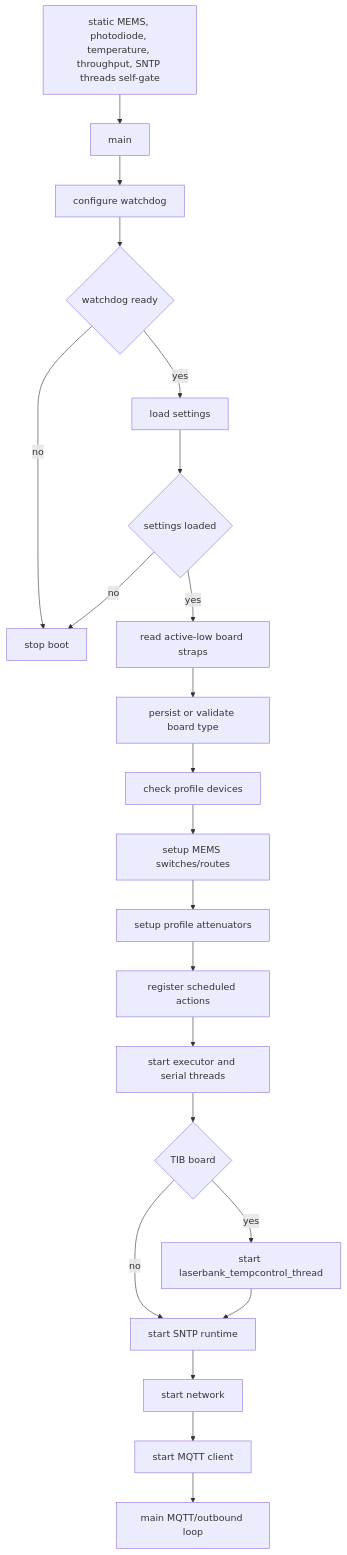
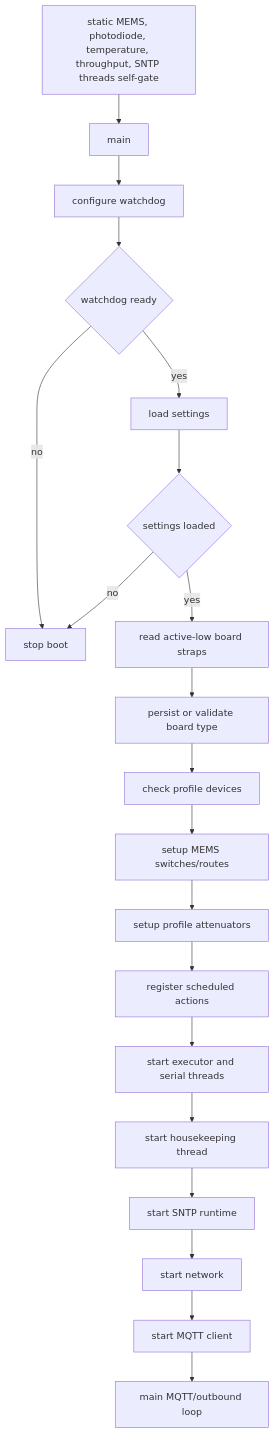
One commit to COO-Utilities/hispec-tib changed the second of 22 diagrams in doc/diagrams.md. Above: the diagram before and after it, drawn with Mermaid. The commit also changed other lines of this file and 11 other files, not shown here.

````diff
--- a/doc/diagrams.md
+++ b/doc/diagrams.md
@@ -39,24 +39,22 @@
 ```mermaid
 flowchart TD
   Static[static MEMS, photodiode, temperature, throughput, SNTP threads self-gate] --> Start[main]
   Start --> Watchdog[configure watchdog]
   Watchdog --> WdogOK{watchdog ready}
   WdogOK -- no --> Stop[stop boot]
   WdogOK -- yes --> Load[load settings]
   Load --> SettingsOK{settings loaded}
   SettingsOK -- no --> Stop
   SettingsOK -- yes --> Straps[read active-low board straps]
   Straps --> PersistBoard[persist or validate board type]
   PersistBoard --> DevicesReady[check profile devices]
   DevicesReady --> Router[setup MEMS switches/routes]
   Router --> Attens[setup profile attenuators]
   Attens --> Runtime[register scheduled actions]
   Runtime --> Threads[start executor and serial threads]
-  Threads --> LaserCtrl{TIB board}
-  LaserCtrl -- yes --> BankCtrl[start laserbank_tempcontrol_thread]
-  LaserCtrl -- no --> SNTP[start SNTP runtime]
-  BankCtrl --> SNTP
+  Threads --> Housekeeping[start housekeeping thread]
+  Housekeeping --> SNTP[start SNTP runtime]
   SNTP --> Network[start network]
   Network --> MQTTInit[start MQTT client]
   MQTTInit --> Loop[main MQTT/outbound loop]
 ```
````
